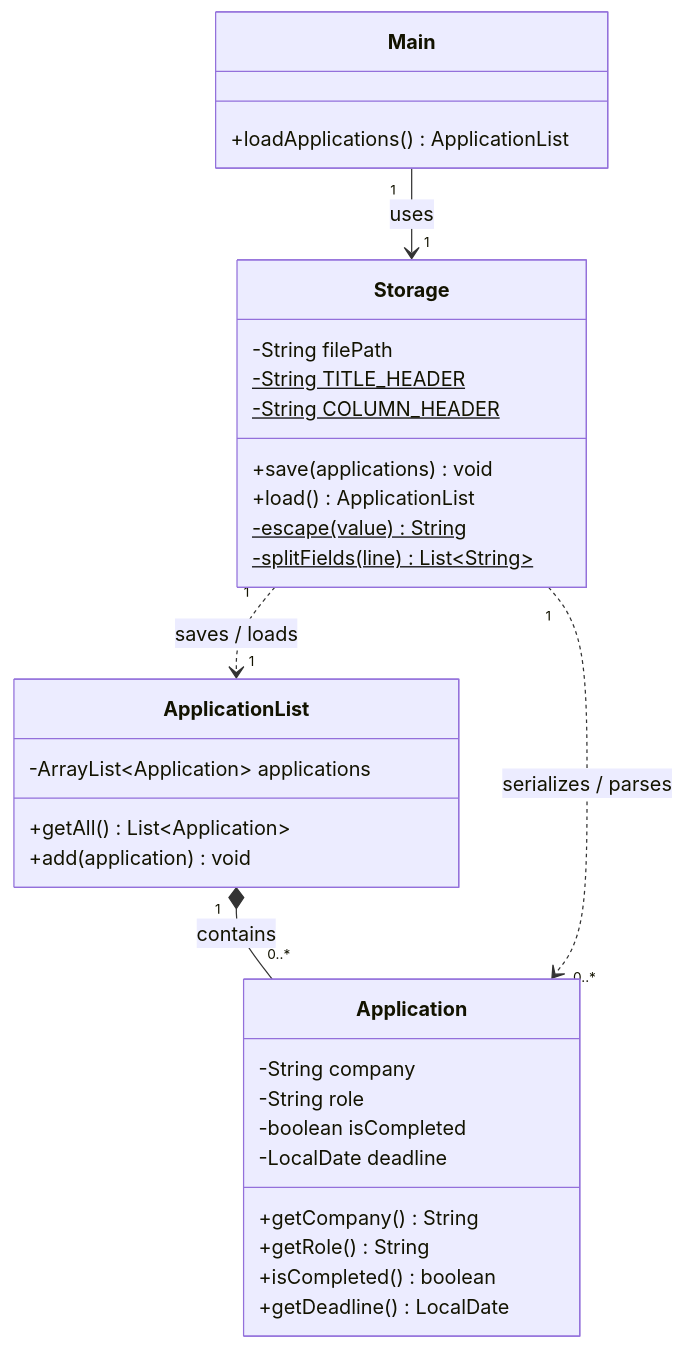
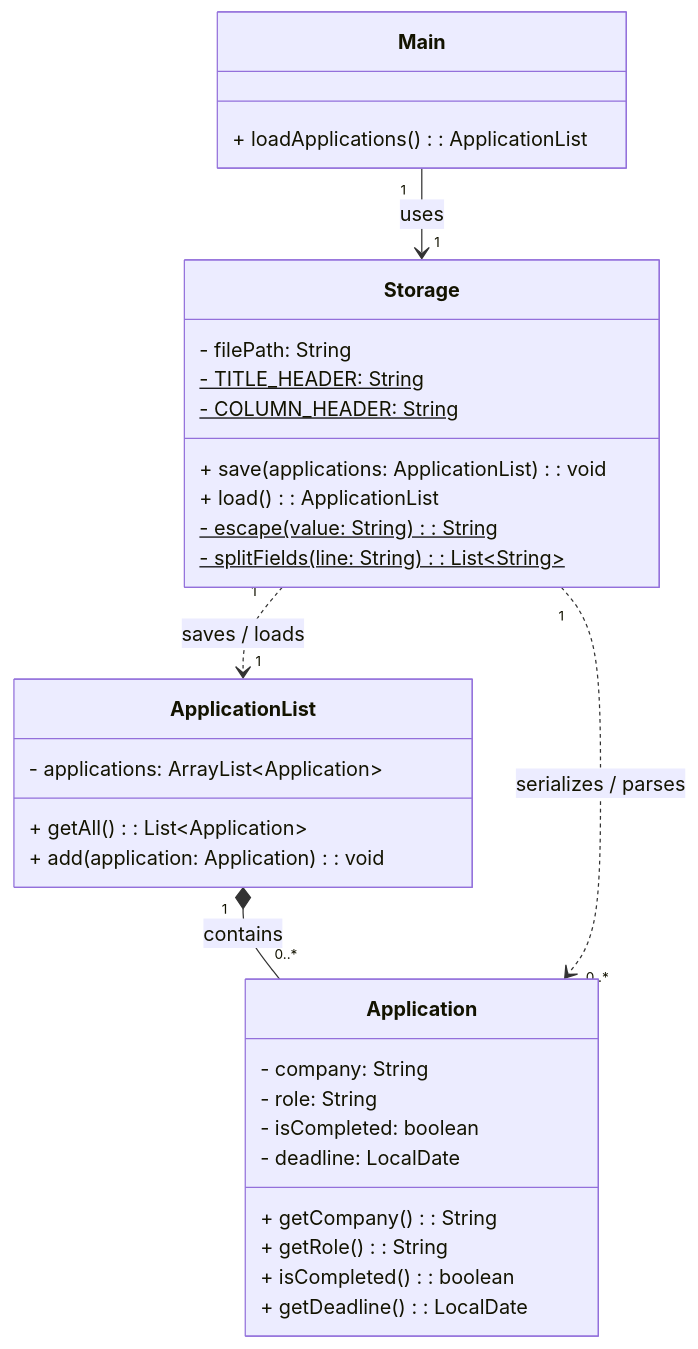
One commit to AY2627S1-CS2113-T10-2/tp changed diagram 19 of 21 in docs/DeveloperGuide.md. Above: the diagram before and after it, drawn with Mermaid. The commit also changed other lines of this file, not shown here.

First line of the commit message:
docs: align diagrams with reference guidelines and compact activity/object layouts

````diff
--- a/docs/DeveloperGuide.md
+++ b/docs/DeveloperGuide.md
@@ -1177,40 +1113,40 @@
 ```mermaid
 classDiagram
     direction TB
 
     class Storage {
-        -String filePath
-        -String TITLE_HEADER$
-        -String COLUMN_HEADER$
-        +save(applications) void
-        +load() ApplicationList
-        -escape(value)$ String
-        -splitFields(line)$ List~String~
+        - filePath: String
+        - TITLE_HEADER: String$
+        - COLUMN_HEADER: String$
+        + save(applications: ApplicationList): void
+        + load(): ApplicationList
+        - escape(value: String)$: String
+        - splitFields(line: String)$: List~String~
     }
 
     class ApplicationList {
-        -ArrayList~Application~ applications
-        +getAll() List~Application~
-        +add(application) void
+        - applications: ArrayList~Application~
+        + getAll(): List~Application~
+        + add(application: Application): void
     }
 
     class Application {
-        -String company
-        -String role
-        -boolean isCompleted
-        -LocalDate deadline
-        +getCompany() String
-        +getRole() String
-        +isCompleted() boolean
-        +getDeadline() LocalDate
+        - company: String
+        - role: String
+        - isCompleted: boolean
+        - deadline: LocalDate
+        + getCompany(): String
+        + getRole(): String
+        + isCompleted(): boolean
+        + getDeadline(): LocalDate
     }
 
     class Main {
-        +loadApplications() ApplicationList
+        + loadApplications(): ApplicationList
     }
 
     Main "1" --> "1" Storage : uses
     Storage "1" ..> "1" ApplicationList : saves / loads
     ApplicationList "1" *-- "0..*" Application : contains
     Storage "1" ..> "0..*" Application : serializes / parses
 ```
````
